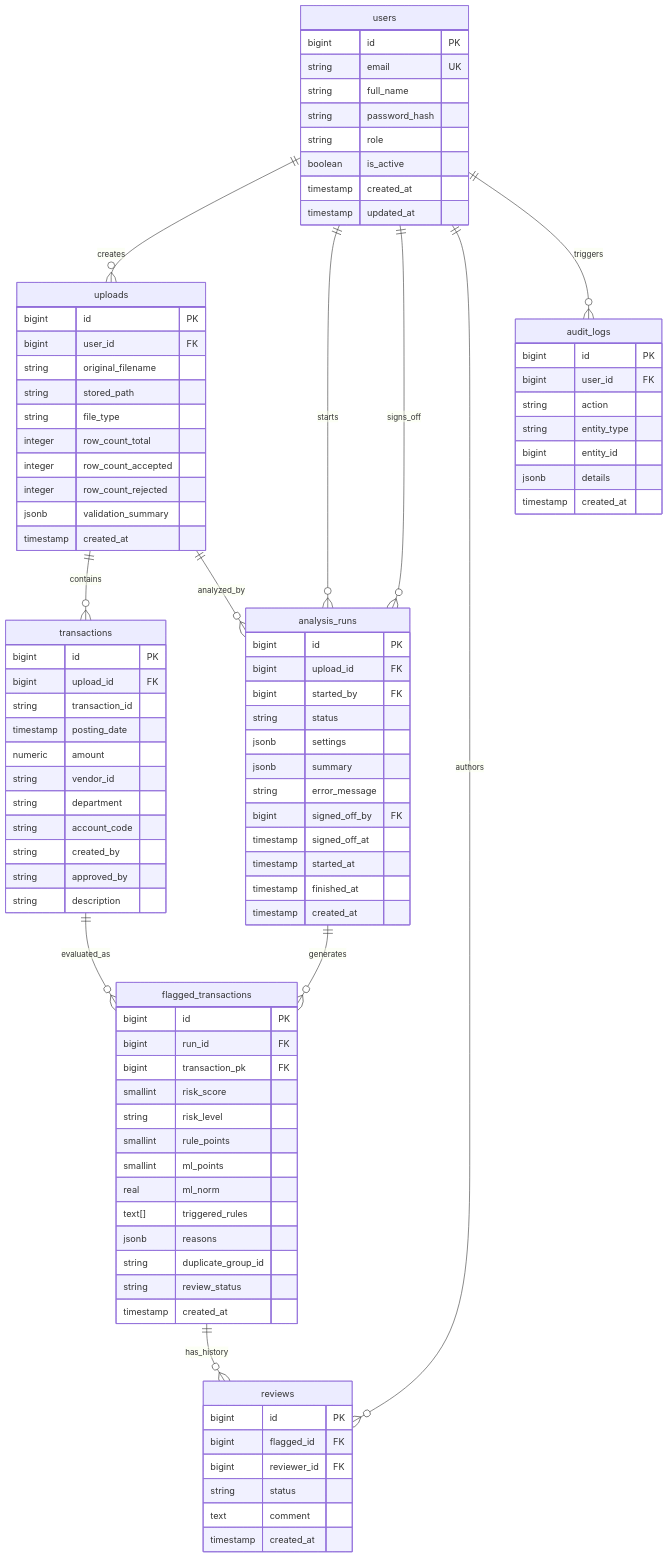
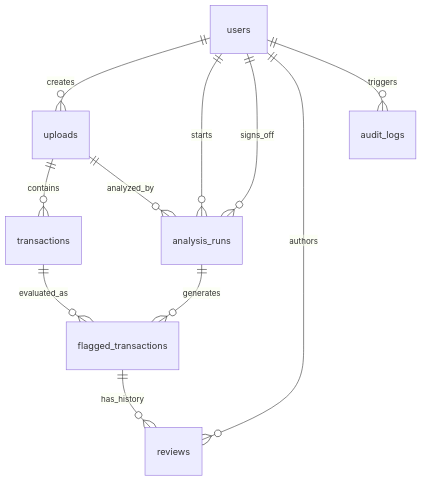
One commit to Varun11322/AuditLens changed the third of 3 diagrams in README.md. Above: the diagram before and after it, drawn with Mermaid. The commit also changed other lines of this file, not shown here.

````diff
--- a/README.md
+++ b/README.md
@@ -169,100 +125,9 @@
     users ||--o{ analysis_runs : "signs_off"
     users ||--o{ reviews : "authors"
     users ||--o{ audit_logs : "triggers"
-    
     uploads ||--o{ transactions : "contains"
     uploads ||--o{ analysis_runs : "analyzed_by"
-    
     transactions ||--o{ flagged_transactions : "evaluated_as"
     analysis_runs ||--o{ flagged_transactions : "generates"
-    
     flagged_transactions ||--o{ reviews : "has_history"
-
-    users {
-        bigint id PK
-        string email UK
-        string full_name
-        string password_hash
-        string role
-        boolean is_active
-        timestamp created_at
-        timestamp updated_at
-    }
-
-    uploads {
-        bigint id PK
-        bigint user_id FK
-        string original_filename
-        string stored_path
-        string file_type
-        integer row_count_total
-        integer row_count_accepted
-        integer row_count_rejected
-        jsonb validation_summary
-        timestamp created_at
-    }
-
-    transactions {
-        bigint id PK
-        bigint upload_id FK
-        string transaction_id
-        timestamp posting_date
-        numeric amount
-        string vendor_id
-        string department
-        string account_code
-        string created_by
-        string approved_by
-        string description
-    }
-
-    analysis_runs {
-        bigint id PK
-        bigint upload_id FK
-        bigint started_by FK
-        string status
-        jsonb settings
-        jsonb summary
-        string error_message
-        bigint signed_off_by FK
-        timestamp signed_off_at
-        timestamp started_at
-        timestamp finished_at
-        timestamp created_at
-    }
-
-    flagged_transactions {
-        bigint id PK
-        bigint run_id FK
-        bigint transaction_pk FK
-        smallint risk_score
-        string risk_level
-        smallint rule_points
-        smallint ml_points
-        real ml_norm
-        text[] triggered_rules
-        jsonb reasons
-        string duplicate_group_id
-        string review_status
-        timestamp created_at
-    }
-
-    reviews {
-        bigint id PK
-        bigint flagged_id FK
-        bigint reviewer_id FK
-        string status
-        text comment
-        timestamp created_at
-    }
-
-    audit_logs {
-        bigint id PK
-        bigint user_id FK
-        string action
-        string entity_type
-        bigint entity_id
-        jsonb details
-        timestamp created_at
-    }
 ```
````
